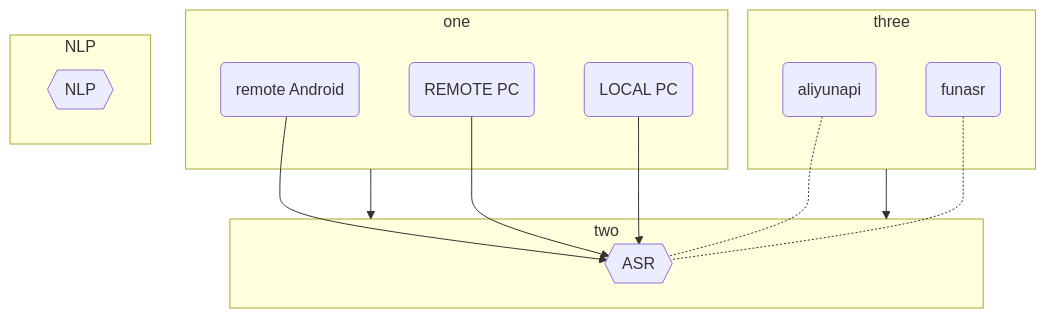
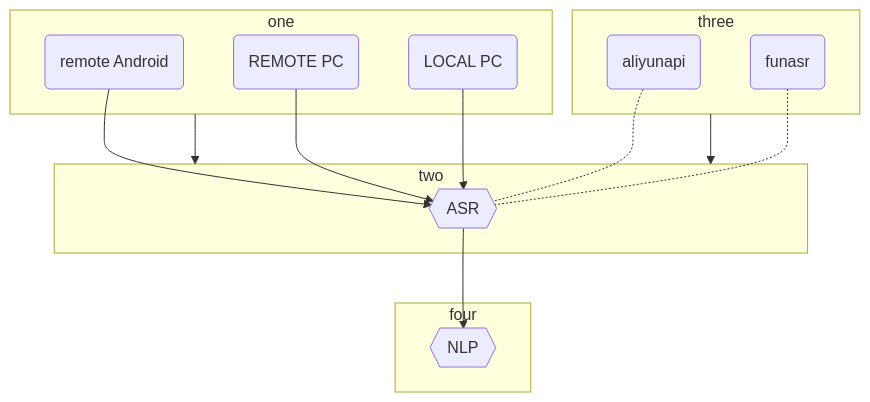
One commit to Luckyyaheen/testmd changed the first of 3 diagrams in README.md. Above: the diagram before and after it, drawn with Mermaid.

````diff
--- a/README.md
+++ b/README.md
@@ -2,37 +2,39 @@
 ```mermaid
 flowchart TB
 
     aa-->asr
     cc-->asr
     bb-->asr
 
     aliyun-.-asr
     funasr-.-asr
+
+    asr-->nlp
 
     subgraph one
     aa("remote Android")
     cc("REMOTE PC")
     bb("LOCAL PC")
     end
 
     subgraph two
     asr{{"ASR"}}
     end
 
     subgraph three
     aliyun("aliyunapi")
     funasr("funasr")  
     end
 
-    subgraph NLP
+    subgraph four
     nlp{{"NLP"}}
     end
 
 
 
 
     one --> two
     three --> two
 
 
 ```
````
